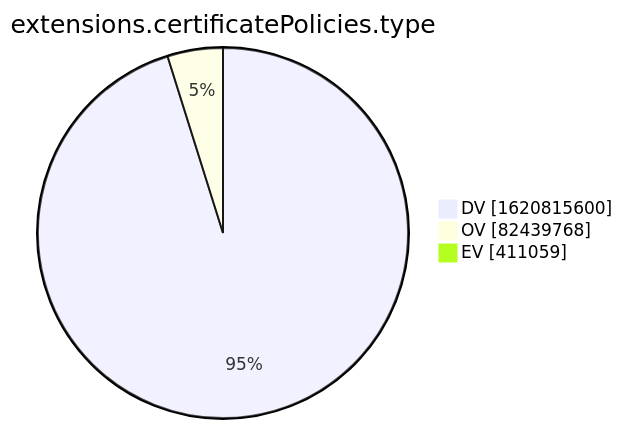
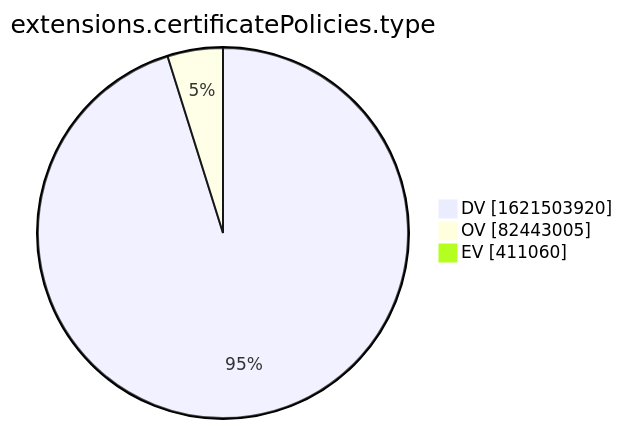
One commit to christiankrug/ctmonitor_visualization changed the tenth of 15 diagrams in xenon2022/README.md. Above: the diagram before and after it, drawn with Mermaid. The commit also changed other lines of this file, not shown here.

````diff
--- a/xenon2022/README.md
+++ b/xenon2022/README.md
@@ -2878,7 +2878,7 @@
 ```mermaid
 pie showData
 title extensions.certificatePolicies.type
-"DV" :1620815600
-"OV" :82439768
-"EV" :411059
+"DV" :1621503920
+"OV" :82443005
+"EV" :411060
 ```
````
